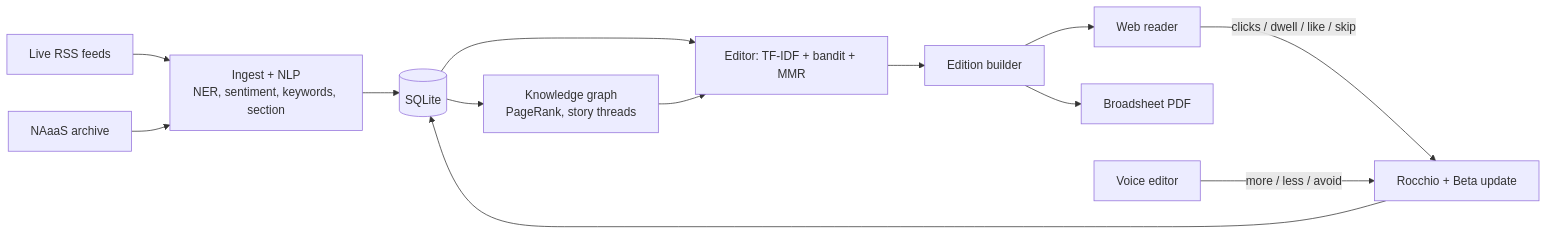
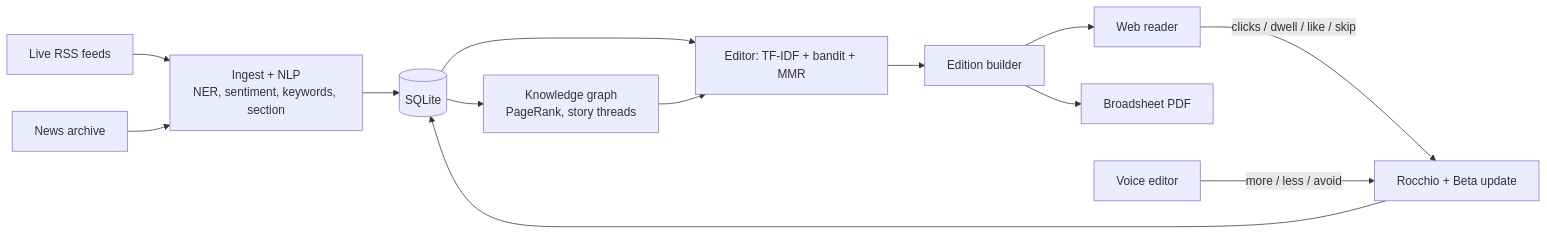
Before and after one commit to m-ali1122/Newspaper: the diagram in README.md, drawn with Mermaid. The commit also changed other lines of this file and 15 other files, not shown here.

First line of the commit message:
Deploy to Vercel, redesign architecture diagram, rename demo user to Ali

````diff
--- a/README.md
+++ b/README.md
@@ -48,14 +47,14 @@
 ```mermaid
 flowchart LR
   RSS[Live RSS feeds] --> ING[Ingest + NLP<br/>NER, sentiment, keywords, section]
-  ARC[NAaaS archive] --> ING
+  ARC[News archive] --> ING
   ING --> DB[(SQLite)]
   DB --> KG[Knowledge graph<br/>PageRank, story threads]
   DB --> RANK[Editor: TF-IDF + bandit + MMR]
   KG --> RANK
   RANK --> ED[Edition builder]
   ED --> WEB[Web reader] & PDF[Broadsheet PDF]
   WEB -- clicks / dwell / like / skip --> LEARN[Rocchio + Beta update]
   VOICE[Voice editor] -- more / less / avoid --> LEARN
   LEARN --> DB
 ```
````
